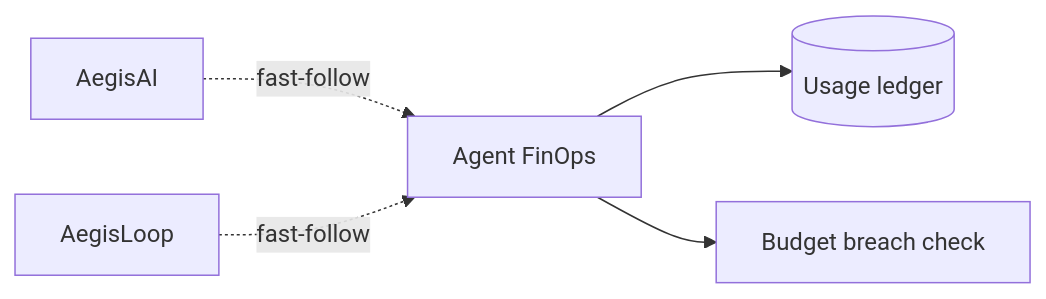
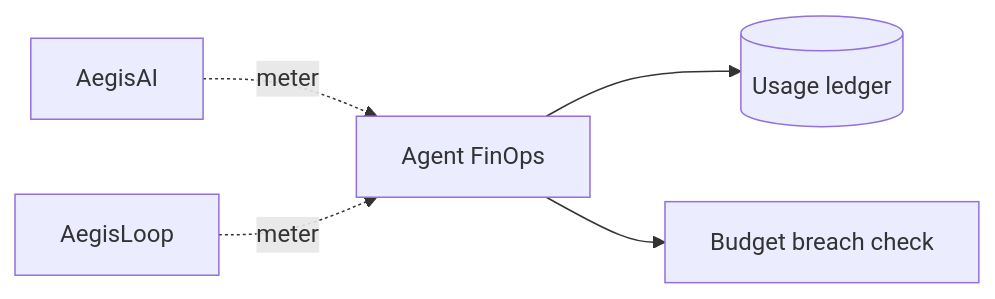
Before and after one commit to vpeetla-ai/ai-architecture-portfolio: the diagram in case-studies/agent-finops.md, drawn with Mermaid. The commit also changed other lines of this file and 57 other files, not shown here.

````diff
--- a/case-studies/agent-finops.md
+++ b/case-studies/agent-finops.md
@@ -23,7 +28,7 @@
 ```mermaid
 flowchart LR
-  A[AegisAI] -.->|fast-follow| FO[Agent FinOps]
-  L[AegisLoop] -.->|fast-follow| FO
+  A[AegisAI] -.->|meter| FO[Agent FinOps]
+  L[AegisLoop] -.->|meter| FO
   FO --> LEDGER[(Usage ledger)]
   FO --> BUDGET[Budget breach check]
 ```
````
